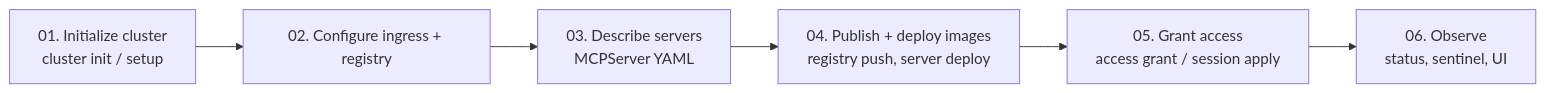
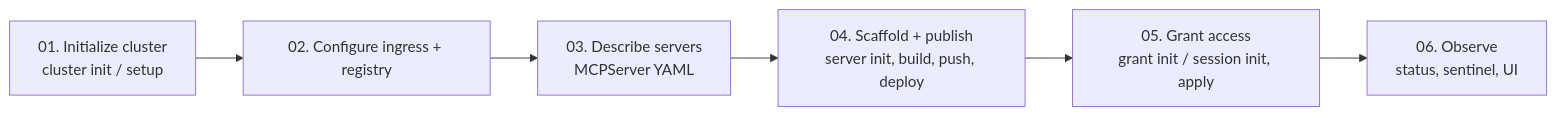
One commit to Agent-Hellboy/mcp-runtime changed the third of 3 diagrams in docs/runtime.md. Above: the diagram before and after it, drawn with Mermaid. The commit also changed other lines of this file and 11 other files, not shown here.

First line of the commit message:
doc: document server init and access grant/session init CLI flows

````diff
--- a/docs/runtime.md
+++ b/docs/runtime.md
@@ -106,8 +106,8 @@
 ```mermaid
 flowchart LR
     A[01. Initialize cluster<br/>cluster init / setup] --> B[02. Configure ingress + registry]
     B --> C[03. Describe servers<br/>MCPServer YAML]
-    C --> D[04. Publish + deploy images<br/>registry push, server deploy]
-    D --> E[05. Grant access<br/>access grant / session apply]
+    C --> D[04. Scaffold + publish<br/>server init, build, push, deploy]
+    D --> E[05. Grant access<br/>grant init / session init, apply]
     E --> F[06. Observe<br/>status, sentinel, UI]
 ```
````
